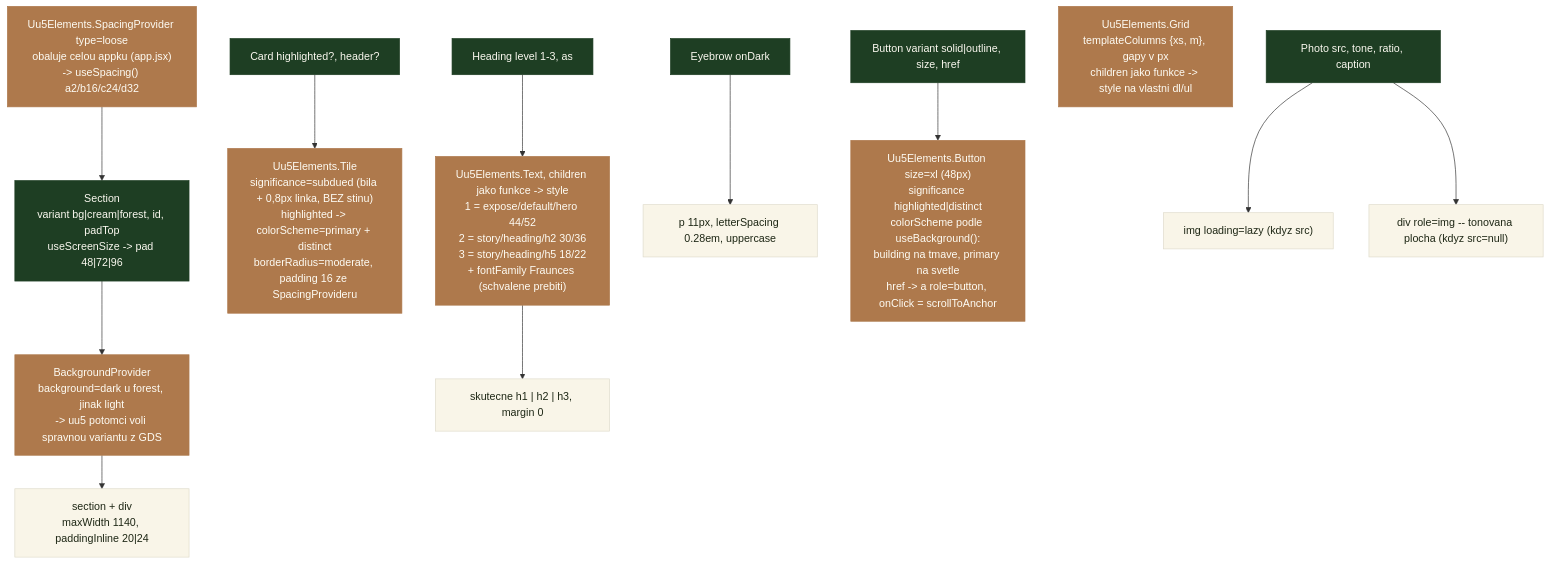
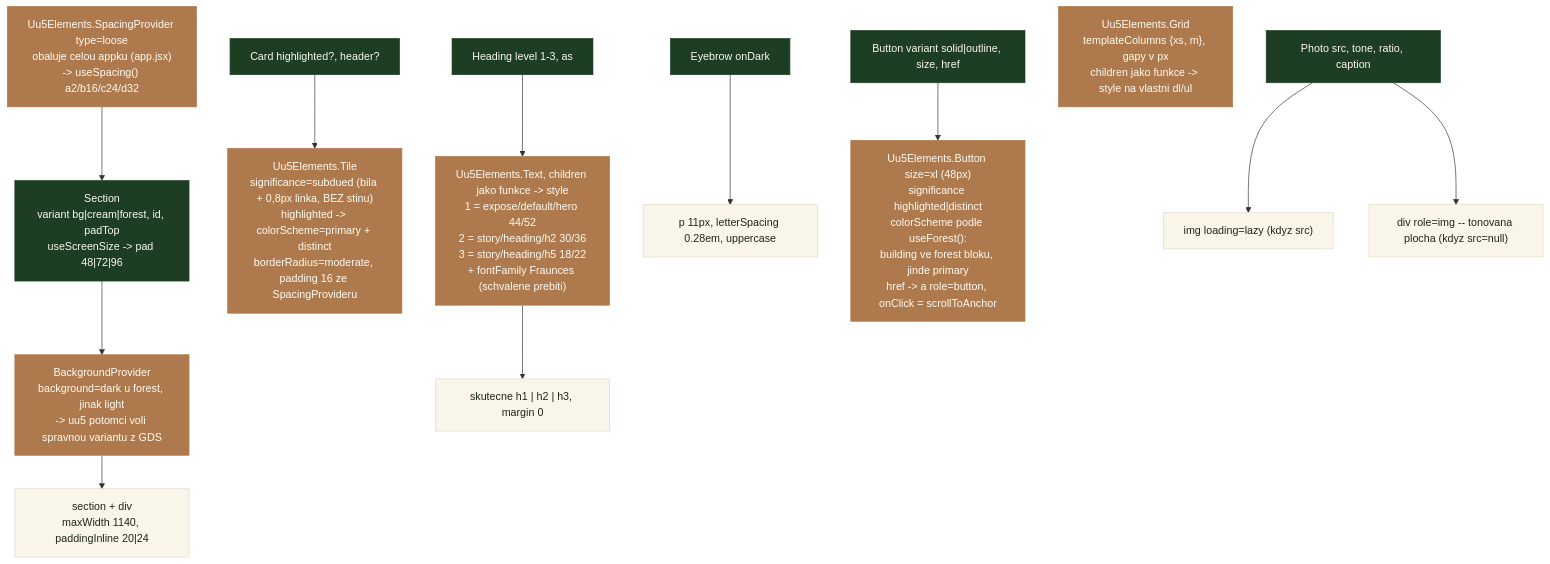
Before and after one commit to capo00/caio_propertyman: the second of 29 diagrams in docs/component-tree.md, drawn with Mermaid. The commit also changed 23 other files, not shown here.

````diff
--- a/docs/component-tree.md
+++ b/docs/component-tree.md
@@ -111,41 +111,41 @@
 ```mermaid
 flowchart TD
   spacing["Uu5Elements.SpacingProvider type=loose<br/>obaluje celou appku (app.jsx)<br/>-> useSpacing() a2/b16/c24/d32"]:::uu5
 
   section["Section<br/>variant bg|cream|forest, id, padTop<br/>useScreenSize -> pad 48|72|96"]:::own
   bgp["BackgroundProvider<br/>background=dark u forest, jinak light<br/>-> uu5 potomci voli spravnou variantu z GDS"]:::uu5
   sectionEl["section + div<br/>maxWidth 1140, paddingInline 20|24"]:::html
 
   card["Card highlighted?, header?"]:::own
   tile["Uu5Elements.Tile<br/>significance=subdued (bila + 0,8px linka, BEZ stinu)<br/>highlighted -> colorScheme=primary + distinct<br/>borderRadius=moderate, padding 16 ze SpacingProvideru"]:::uu5
 
   heading["Heading level 1-3, as"]:::own
   text["Uu5Elements.Text, children jako funkce -> style<br/>1 = expose/default/hero 44/52<br/>2 = story/heading/h2 30/36<br/>3 = story/heading/h5 18/22<br/>+ fontFamily Fraunces (schvalene prebiti)"]:::uu5
   headingEl["skutecne h1 | h2 | h3, margin 0"]:::html
 
   eyebrow["Eyebrow onDark"]:::own
   eyebrowEl["p 11px, letterSpacing 0.28em, uppercase"]:::html
 
   button["Button variant solid|outline, size, href"]:::own
-  uubtn["Uu5Elements.Button size=xl (48px)<br/>significance highlighted|distinct<br/>colorScheme podle useBackground():<br/>building na tmave, primary na svetle<br/>href -> a role=button, onClick = scrollToAnchor"]:::uu5
+  uubtn["Uu5Elements.Button size=xl (48px)<br/>significance highlighted|distinct<br/>colorScheme podle useForest():<br/>building ve forest bloku, jinde primary<br/>href -> a role=button, onClick = scrollToAnchor"]:::uu5
 
   grid["Uu5Elements.Grid<br/>templateColumns {xs, m}, gapy v px<br/>children jako funkce -> style na vlastni dl/ul"]:::uu5
 
   photo["Photo src, tone, ratio, caption"]:::own
   photoImg["img loading=lazy (kdyz src)"]:::html
   photoPh["div role=img -- tonovana plocha (kdyz src=null)"]:::html
 
   spacing --> section
   section --> bgp --> sectionEl
   card --> tile
   heading --> text --> headingEl
   eyebrow --> eyebrowEl
   button --> uubtn
   photo --> photoImg
   photo --> photoPh
 
   classDef own fill:#1E3E23,color:#FBF9F0,stroke:#1E3E23
   classDef html fill:#F9F5E8,color:#1E2715,stroke:#DFDBCB
   classDef uu5 fill:#AE794C,color:#FEFCF4,stroke:#AE794C
   classDef data fill:#EDE8D6,color:#3E2815,stroke:#DFDBCB,stroke-dasharray:3 3
 ```
````
